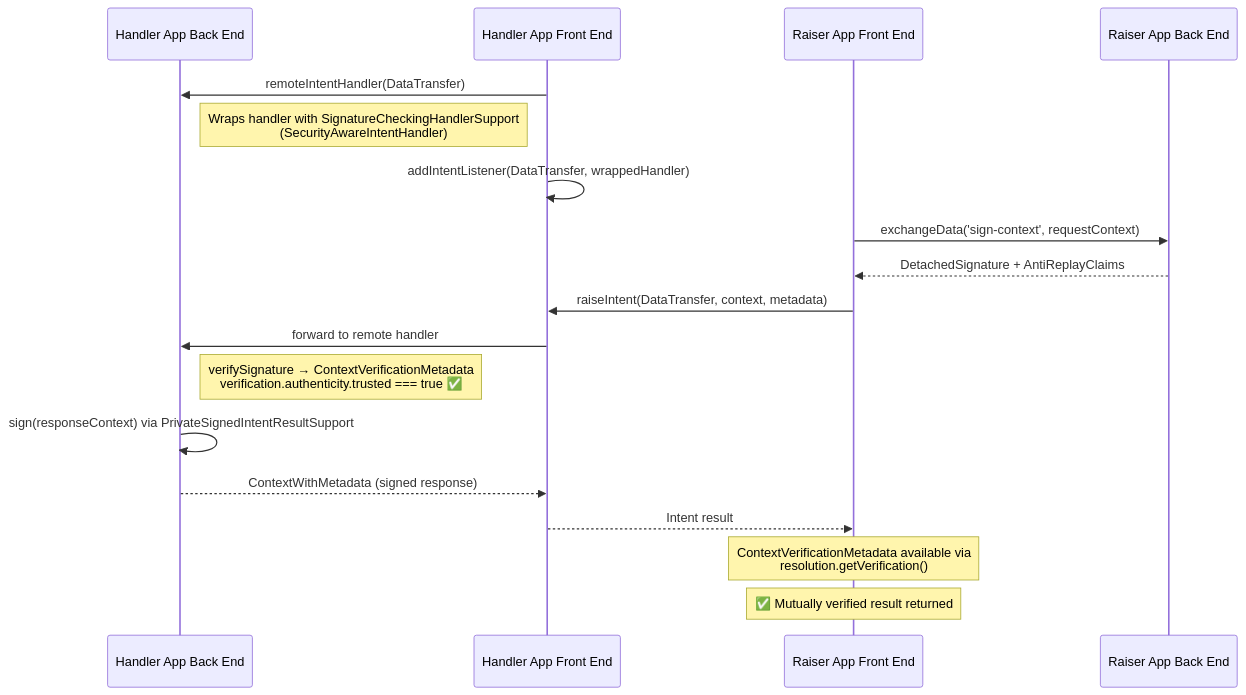
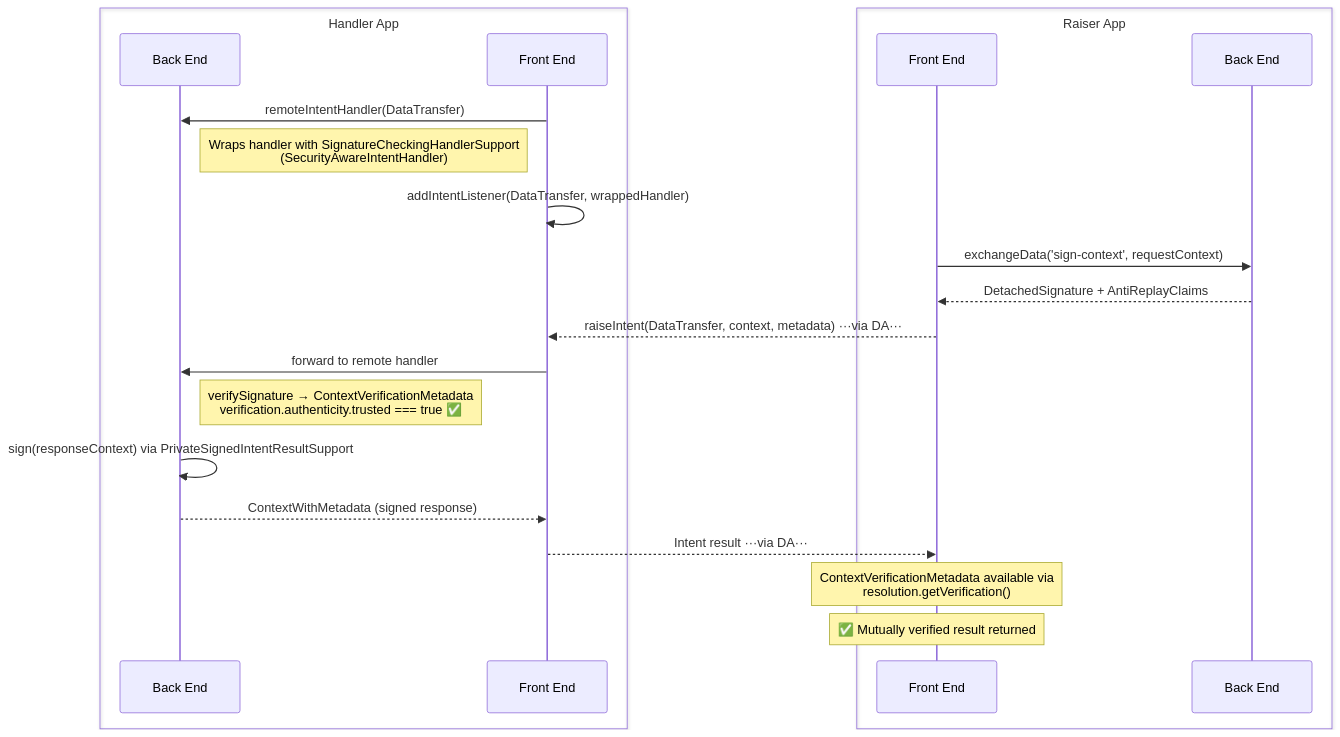
The fourth of 5 diagrams in packages/fdc3-security/samples/README.md (finos/FDC3), drawn with Mermaid before and after one commit. The commit also changed other lines of this file, not shown here.

Commit message:
Correcting the Backend Encrypted Channel Example diagram in the fdc3-security samples readme

````diff
--- a/packages/fdc3-security/samples/README.md
+++ b/packages/fdc3-security/samples/README.md
@@ -140,25 +161,29 @@
 ```mermaid
 sequenceDiagram
-    participant HBE as Handler App Back End
-    participant HFE as Handler App Front End
-    participant RFE as Raiser App Front End
-    participant RBE as Raiser App Back End
+    box Handler App
+        participant HBE as Back End
+        participant HFE as Front End
+    end
+    box Raiser App
+        participant RFE as Front End
+        participant RBE as Back End
+    end
 
     HFE->>HBE: remoteIntentHandler(DataTransfer)
     Note right of HBE: Wraps handler with SignatureCheckingHandlerSupport<br/>(SecurityAwareIntentHandler)
     HFE->>HFE: addIntentListener(DataTransfer, wrappedHandler)
 
     RFE->>RBE: exchangeData('sign-context', requestContext)
     RBE-->>RFE: DetachedSignature + AntiReplayClaims
 
-    RFE->>HFE: raiseIntent(DataTransfer, context, metadata)
+    RFE-->>HFE: raiseIntent(DataTransfer, context, metadata) ···via DA···
     HFE->>HBE: forward to remote handler
 
     Note right of HBE: verifySignature → ContextVerificationMetadata<br/>verification.authenticity.trusted === true ✅
     HBE->>HBE: sign(responseContext) via PrivateSignedIntentResultSupport
     HBE-->>HFE: ContextWithMetadata (signed response)
-    HFE-->>RFE: Intent result
+    HFE-->>RFE: Intent result ···via DA···
 
     Note over RFE: ContextVerificationMetadata available via<br/>resolution.getVerification()
     Note over RFE: ✅ Mutually verified result returned
 ```
````
